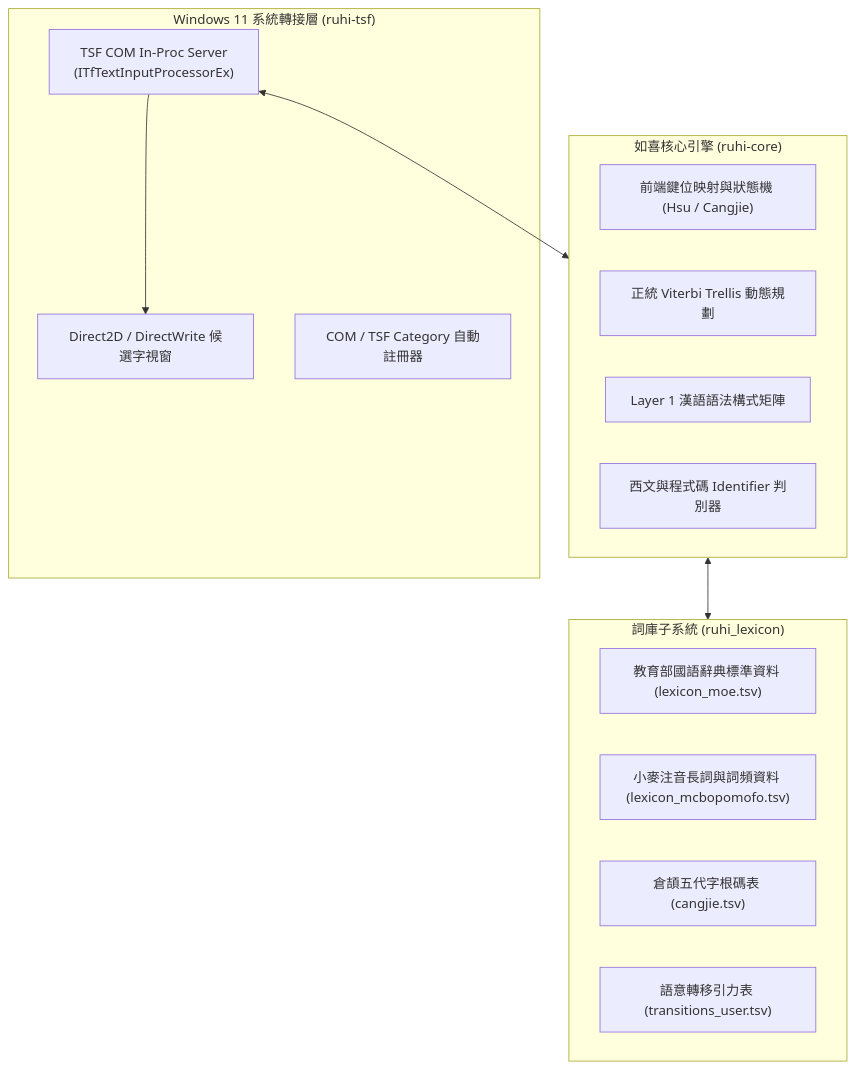
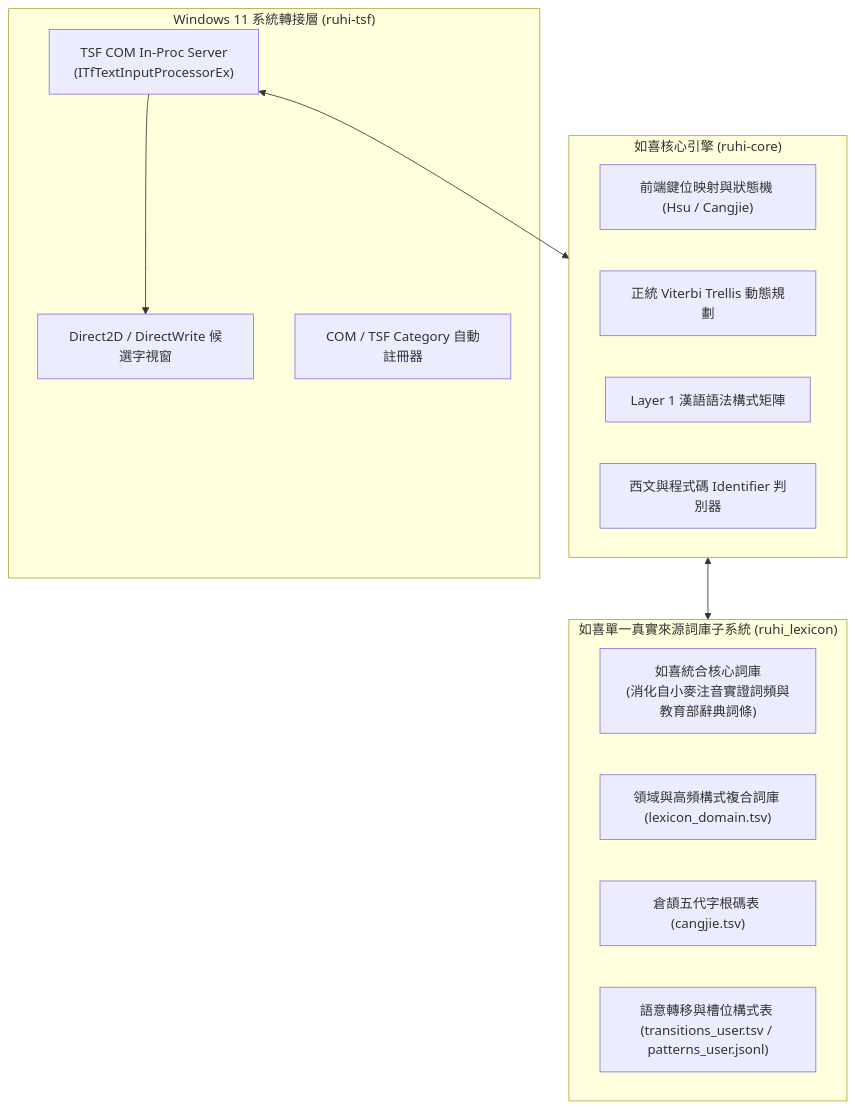
The diagram in README.md (Yuktesha/ruhi), drawn with Mermaid before and after one commit. The commit also changed other lines of this file and 47 other files, not shown here.

Commit message:
feat(studio,core): implement AI + lexicon-wide analogical generalization (舉一反三) and pattern rule upsert

````diff
--- a/README.md
+++ b/README.md
@@ -51,26 +51,26 @@
 ```mermaid
 flowchart TD
     subgraph UI["Windows 11 系統轉接層 (ruhi-tsf)"]
         COM["TSF COM In-Proc Server<br/>(ITfTextInputProcessorEx)"]
         D2D["Direct2D / DirectWrite 候選字視窗"]
         Reg["COM / TSF Category 自動註冊器"]
     end
 
     subgraph CoreEngine["如喜核心引擎 (ruhi-core)"]
         FSM["前端鍵位映射與狀態機 (Hsu / Cangjie)"]
         Trellis["正統 Viterbi Trellis 動態規劃"]
         Grammar["Layer 1 漢語語法構式矩陣"]
         Western["西文與程式碼 Identifier 判別器"]
     end
 
-    subgraph LexiconSubsystem["詞庫子系統 (ruhi_lexicon)"]
-        MOE["教育部國語辭典標準資料 (lexicon_moe.tsv)"]
-        McB["小麥注音長詞與詞頻資料 (lexicon_mcbopomofo.tsv)"]
+    subgraph LexiconSubsystem["如喜單一真實來源詞庫子系統 (ruhi_lexicon)"]
+        CoreLex["如喜統合核心詞庫<br/>(消化自小麥注音實證詞頻與教育部辭典詞條)"]
+        DomainLex["領域與高頻構式複合詞庫 (lexicon_domain.tsv)"]
         CJ["倉頡五代字根碼表 (cangjie.tsv)"]
-        Transitions["語意轉移引力表 (transitions_user.tsv)"]
+        Transitions["語意轉移與槽位構式表 (transitions_user.tsv / patterns_user.jsonl)"]
     end
 
     COM <--> CoreEngine
     CoreEngine <--> LexiconSubsystem
     COM --> D2D
 ```
````
